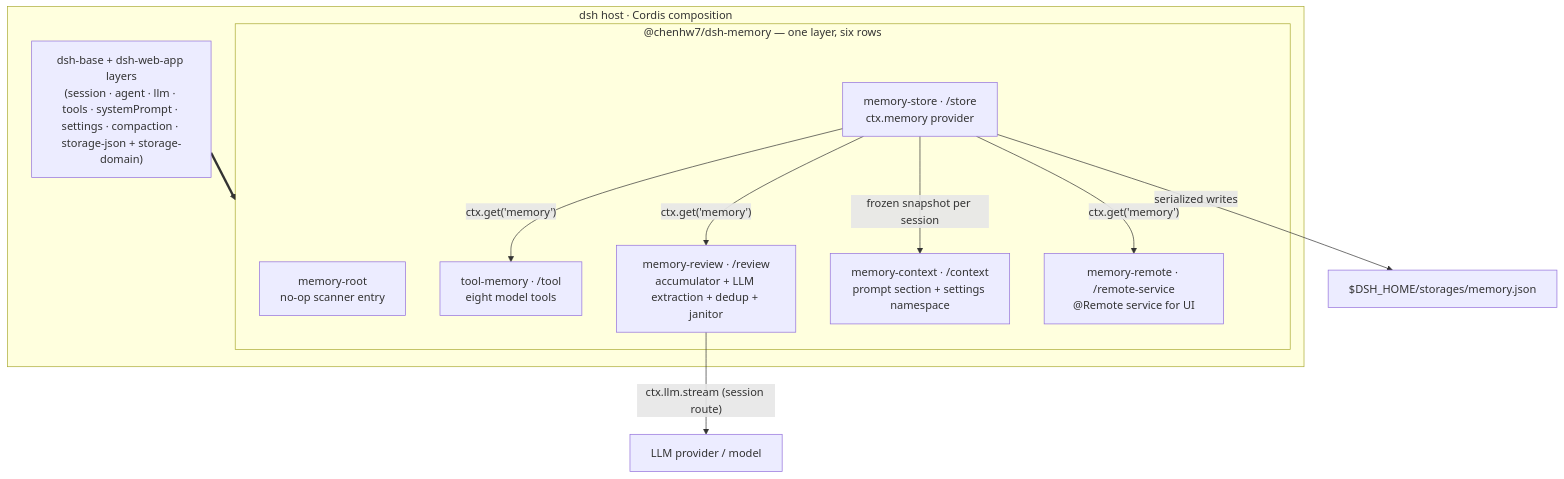
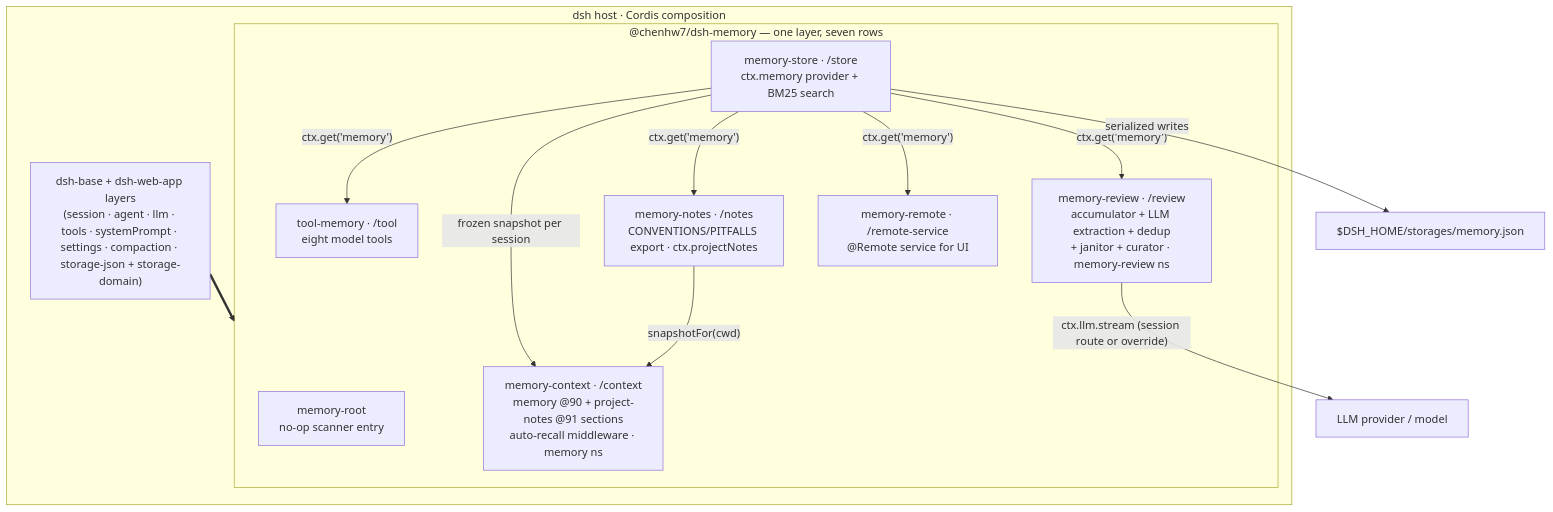
The first of 3 diagrams in docs/TECH_DESIGN.md (chenhw7/dsh-memory), drawn with Mermaid before and after one commit. The commit also changed other lines of this file and 5 other files, not shown here.

First line of the commit message:
docs: sync README / TECH_DESIGN / SEQUENCE_DIAGRAMS with the v0.3.0 implementation

````diff
--- a/docs/TECH_DESIGN.md
+++ b/docs/TECH_DESIGN.md
@@ -92,21 +100,24 @@
 ```mermaid
 flowchart TB
   subgraph host["dsh host · Cordis composition"]
     base["dsh-base + dsh-web-app layers<br/>(session · agent · llm · tools · systemPrompt · settings · compaction · storage-json + storage-domain)"]
-    subgraph bundle["@chenhw7/dsh-memory — one layer, six rows"]
+    subgraph bundle["@chenhw7/dsh-memory — one layer, seven rows"]
       root["memory-root<br/>no-op scanner entry"]
-      store["memory-store · /store<br/>ctx.memory provider"]
+      store["memory-store · /store<br/>ctx.memory provider + BM25 search"]
       tool["tool-memory · /tool<br/>eight model tools"]
-      review["memory-review · /review<br/>accumulator + LLM extraction + dedup + janitor"]
-      context["memory-context · /context<br/>prompt section + settings namespace"]
+      review["memory-review · /review<br/>accumulator + LLM extraction + dedup<br/>+ janitor + curator · memory-review ns"]
+      notes["memory-notes · /notes<br/>CONVENTIONS/PITFALLS export · ctx.projectNotes"]
+      context["memory-context · /context<br/>memory @90 + project-notes @91 sections<br/>auto-recall middleware · memory ns"]
       remote["memory-remote · /remote-service<br/>@Remote service for UI"]
     end
   end
   base ==> bundle
   store -- "ctx.get('memory')" --> tool
   store -- "ctx.get('memory')" --> review
   store -- "frozen snapshot per session" --> context
+  store -- "ctx.get('memory')" --> notes
   store -- "ctx.get('memory')" --> remote
-  review -- "ctx.llm.stream (session route)" --> llm["LLM provider / model"]
+  review -- "ctx.llm.stream (session route or override)" --> llm["LLM provider / model"]
+  notes -- "snapshotFor(cwd)" --> context
   store -- "serialized writes" --> json["$DSH_HOME/storages/memory.json"]
 ```
````
